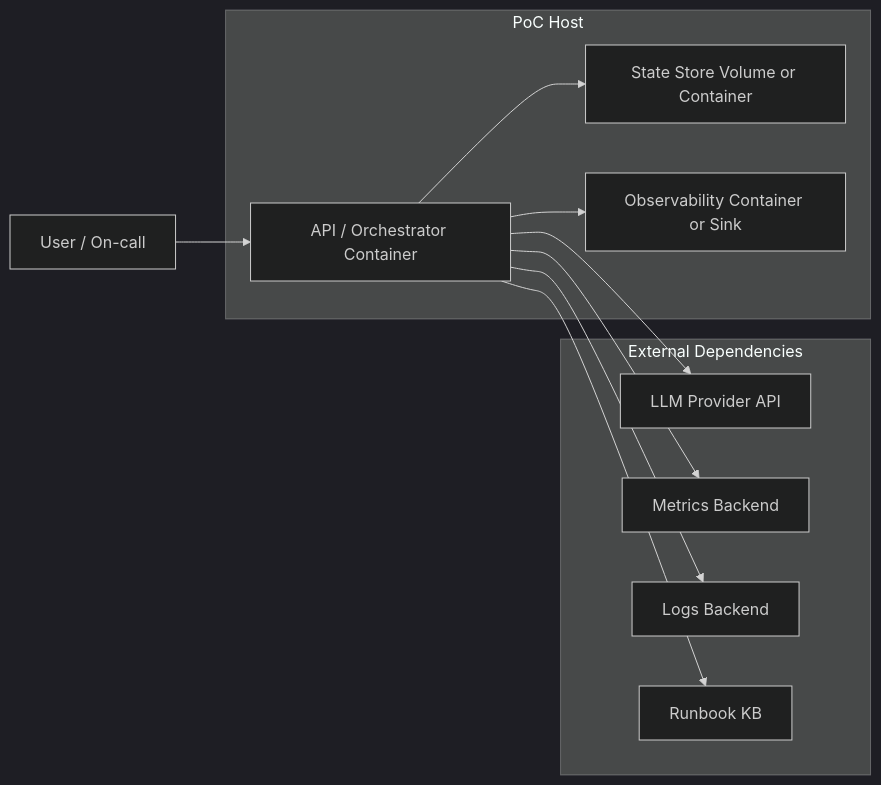
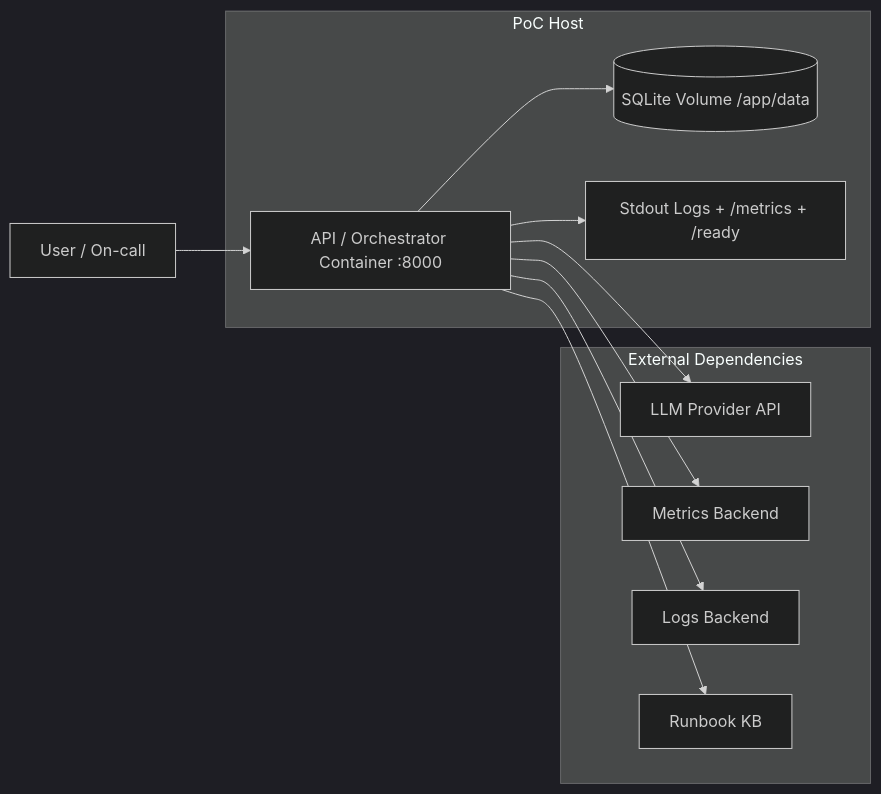
The diagram in docs/diagrams/deployment-poc.md (annareshetnyak799-netizen/agentops-triage-poc), drawn with Mermaid (dark theme) before and after one commit. The commit also changed other lines of this file and 54 other files, not shown here.

````diff
--- a/docs/diagrams/deployment-poc.md
+++ b/docs/diagrams/deployment-poc.md
@@ -3,26 +3,26 @@
 ```mermaid
 flowchart LR
     U[User / On-call]
 
     subgraph HOST[PoC Host]
-        API[API / Orchestrator Container]
-        STORE[State Store Volume or Container]
-        OBS[Observability Container or Sink]
+        API[API / Orchestrator Container :8000]
+        STORE[(SQLite Volume /app/data)]
+        OBS[Stdout Logs + /metrics + /ready]
     end
 
     subgraph EXT[External Dependencies]
         LLM[LLM Provider API]
         MET[Metrics Backend]
         LOG[Logs Backend]
         KB[Runbook KB]
     end
 
     U --> API
     API --> STORE
     API --> OBS
 
     API --> LLM
     API --> MET
     API --> LOG
     API --> KB
 ```
````
